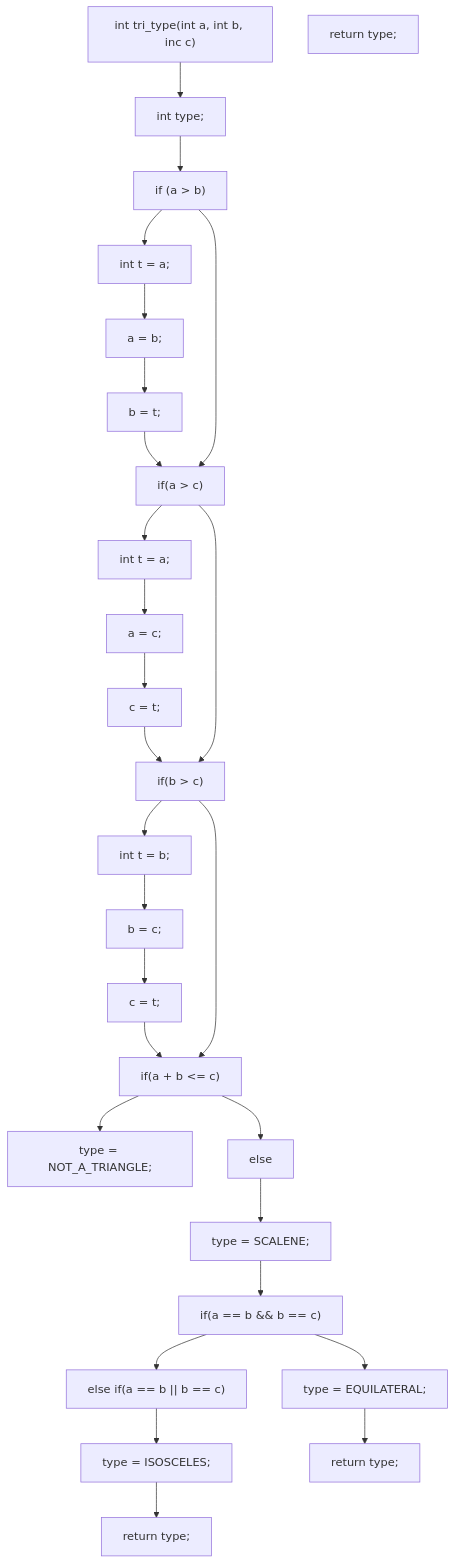
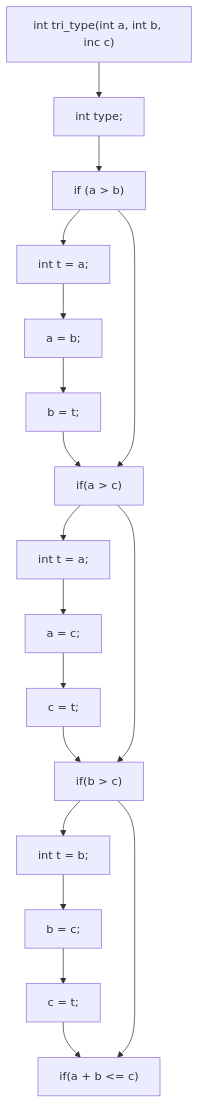
The second of 2 diagrams in README.md (hajer78945/eng5), drawn with Mermaid before and after one commit.

````diff
--- a/README.md
+++ b/README.md
@@ -203,37 +203,19 @@
 ```mermaid
 graph TD;
 id1["int tri_type(int a, int b, inc c)"]
 id2["int type;"]
 id1 --> id2;
 id3["if (a > b)"]
 id2 --> id3;
 id4["if(a > c)"]
 id3 --> id5["int t = a;"] --> id6["a = b;"] --> id7["b = t;"] --> id4
 id3 --> id4;
 id8["if(b > c)"]
 id4 --> id9["int t = a;"] --> id10["a = c;"] --> id11["c = t;"] --> id8
 id4 --> id8;
 id12["if(a + b <= c)"]
 id8 --> id13["int t = b;"] --> id14["b = c;"] --> id15["c = t;"] --> id12
 id8 --> id12;
-id16["type = NOT_A_TRIANGLE;"]
-id12 --> id16;
-id17["else"]
-id12 --> id17;
-id18["type = SCALENE;"]
-id17 --> id18;
-id19["if(a == b && b == c)"]
-id18 --> id19;
-id20["type = EQUILATERAL;"]
-id19 --> id20;
-id21["else if(a == b || b == c)"]
-id19 --> id21;
-id22["type = ISOSCELES;"]
-id21 --> id22;
-id23["return type;"]
-id22 --> id23;
-id24["return type;"]
-id20 --> id24;
-id25["return type;"]
+
 
 ```
````
